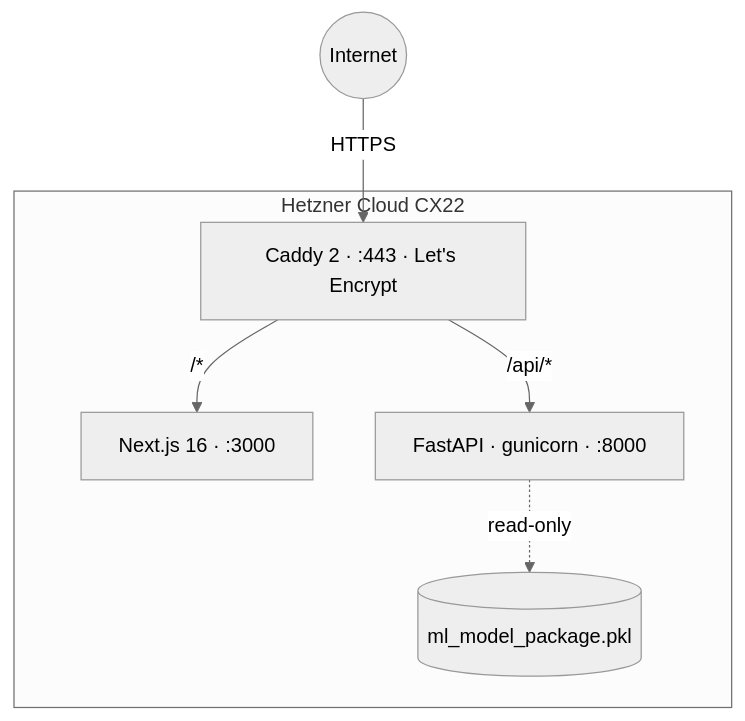
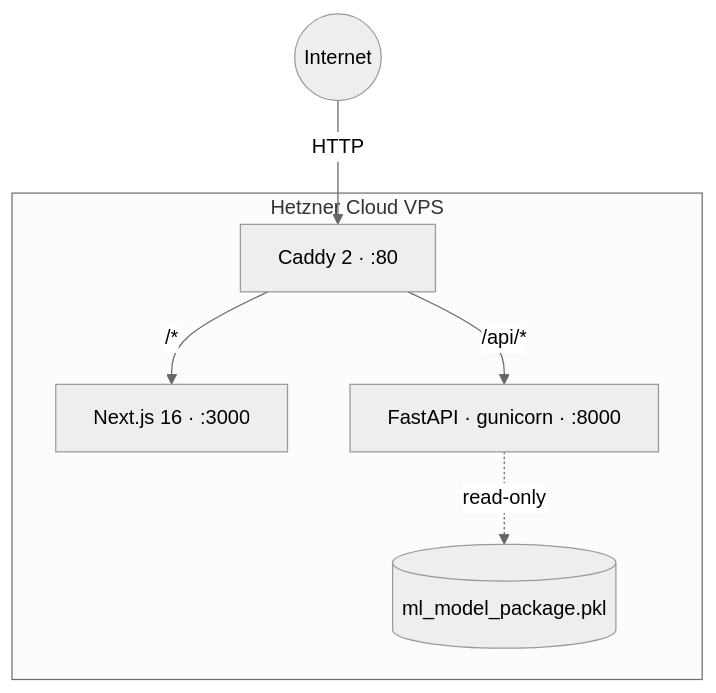
Before and after one commit to lukasgro63/hollerithengeryml: the first of 3 diagrams in docs/ARCHITECTURE.md, drawn with Mermaid. The commit also changed other lines of this file and 5 other files, not shown here.

````diff
--- a/docs/ARCHITECTURE.md
+++ b/docs/ARCHITECTURE.md
@@ -26,16 +26,16 @@
 ```mermaid
 %%{init: {'theme': 'neutral'}}%%
 graph TB
     internet((Internet))
-    subgraph Hetzner Cloud CX22
-        caddy[Caddy 2 · :443 · Let's Encrypt]
+    subgraph Hetzner Cloud VPS
+        caddy[Caddy 2 · :80]
         web[Next.js 16 · :3000]
         api[FastAPI · gunicorn · :8000]
         model[(ml_model_package.pkl)]
     end
 
-    internet -- HTTPS --> caddy
+    internet -- HTTP --> caddy
     caddy -- /* --> web
     caddy -- /api/* --> api
     api -. read-only .-> model
 ```
````
